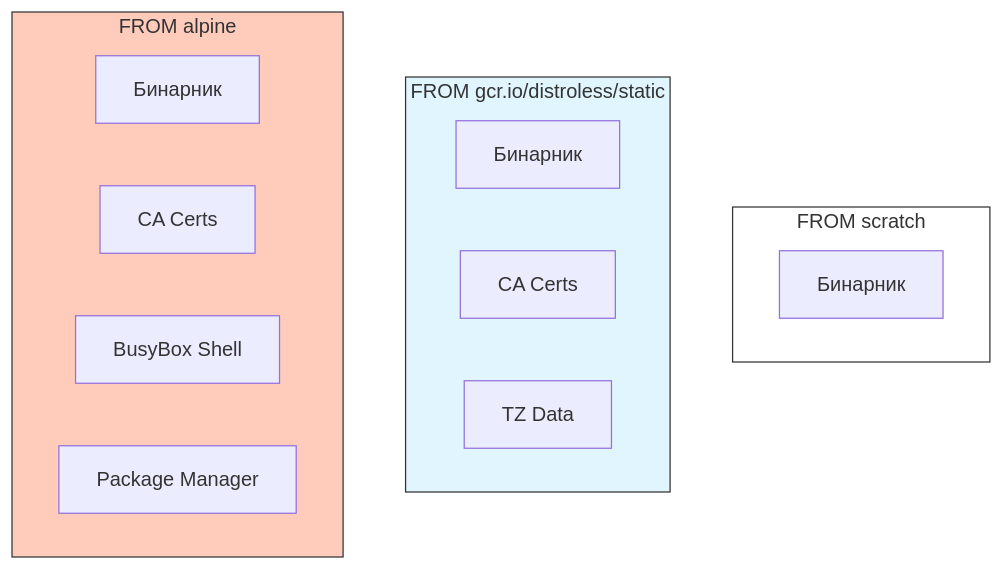
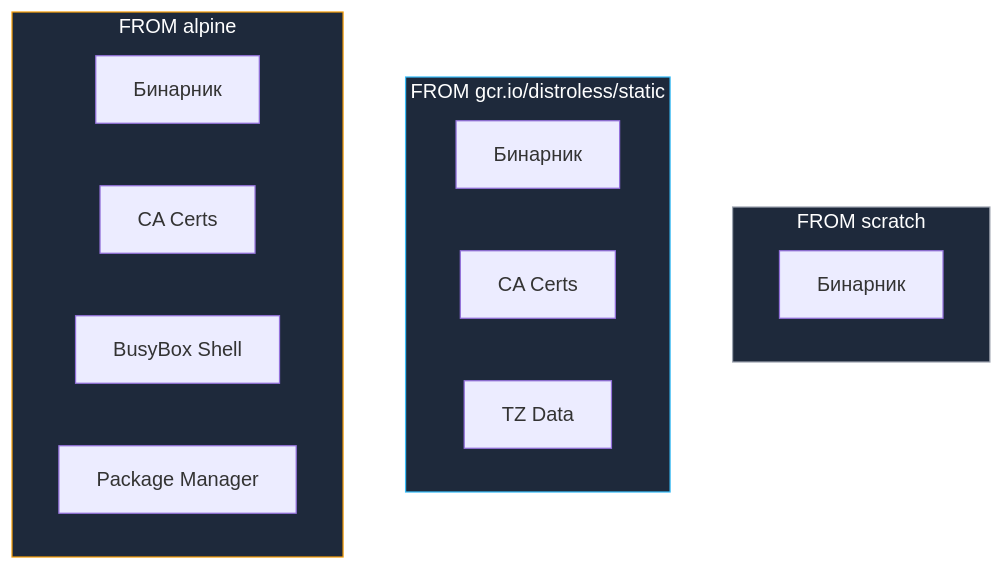
The diagram in sources/8. Инфраструктура языка, Тулинг и CI_CD/24. Минимизация образов. scratch, distroless.md (UnrealTemplier/go-textbook), drawn with Mermaid before and after one commit. The commit also changed other lines of this file, not shown here.

````diff
--- a/sources/8. Инфраструктура языка, Тулинг и CI_CD/24. Минимизация образов. scratch, distroless.md
+++ b/sources/8. Инфраструктура языка, Тулинг и CI_CD/24. Минимизация образов. scratch, distroless.md
@@ -64,23 +75,23 @@
 ```mermaid
 flowchart TD
     subgraph Scratch ["FROM scratch"]
         A["Бинарник"]
     end
     
     subgraph Distroless ["FROM gcr.io/distroless/static"]
         B["Бинарник"]
         C["CA Certs"]
         D["TZ Data"]
     end
     
     subgraph Alpine ["FROM alpine"]
         E["Бинарник"]
         F["CA Certs"]
         G["BusyBox Shell"]
         H["Package Manager"]
     end
     
-    style Scratch fill:#ffffff,stroke:#333
-    style Distroless fill:#e1f5fe,stroke:#333
-    style Alpine fill:#ffccbc,stroke:#333
+    style Scratch fill:#1e293b,stroke:#9ca3af,color:#fff
+    style Distroless fill:#1e293b,stroke:#38bdf8,color:#fff
+    style Alpine fill:#1e293b,stroke:#f59e0b,color:#fff
 ```
````
